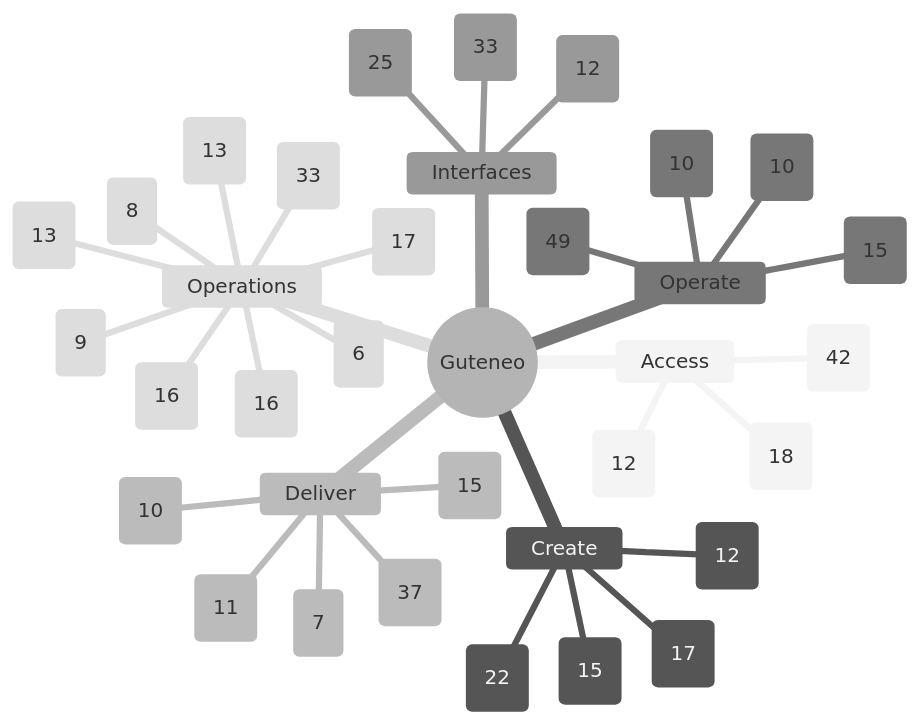
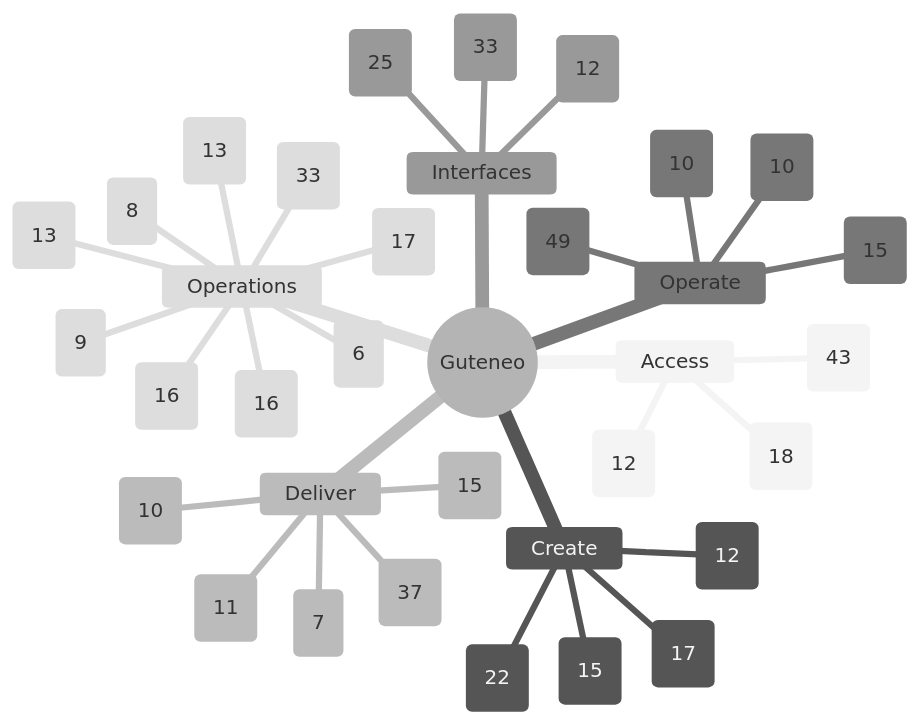
The diagram in docs/FEATURE_MAP.md (nclsppr/guteneo), drawn with Mermaid (neutral theme) before and after one commit. The commit also changed other lines of this file and 13 other files, not shown here.

````diff
--- a/docs/FEATURE_MAP.md
+++ b/docs/FEATURE_MAP.md
@@ -13,38 +13,38 @@
 ```mermaid
 mindmap
   root((Guteneo))
     Access
-      Access and identity (42)
+      Access and identity (43)
       Team and responsibilities (12)
       Workspace administration and reports (18)
     Create
       Documents and protection (22)
       Template studio (15)
       Data and mappings (12)
       PDF generation and distribution (17)
     Deliver
       Fax (10)
       Postal mail (11)
       Email and protected links (15)
       Sensitive distribution and personal documents (37)
       Dispatch dry run (7)
     Operate
       Campaigns and tracking (15)
       Credits and billing (10)
       Workspace layout and browser appearance (49)
       PDF verification (10)
     Interfaces
       Assistants and API (33)
       iPhone and iPad (12)
       Public pages, languages and appearance (25)
     Operations
       Reviewer OAuth qualification (9)
       Operations and reliability (33)
       Belvédère platform oversight (16)
       Public service status (16)
       Engineering documentation (13)
       Codex Cloud development (8)
       Continuous reviewer preparation (6)
       Automatic fax tariff maintenance (13)
       Consumed provider freshness and preventive deadline actions (17)
 ```
````
